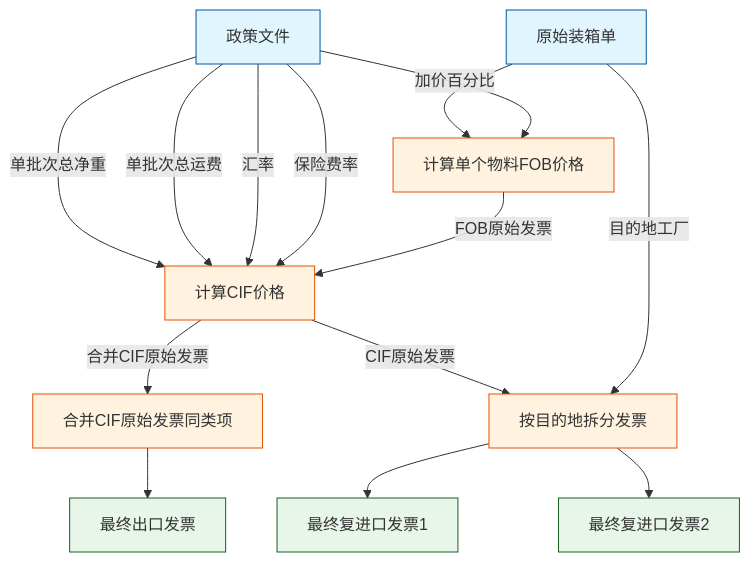
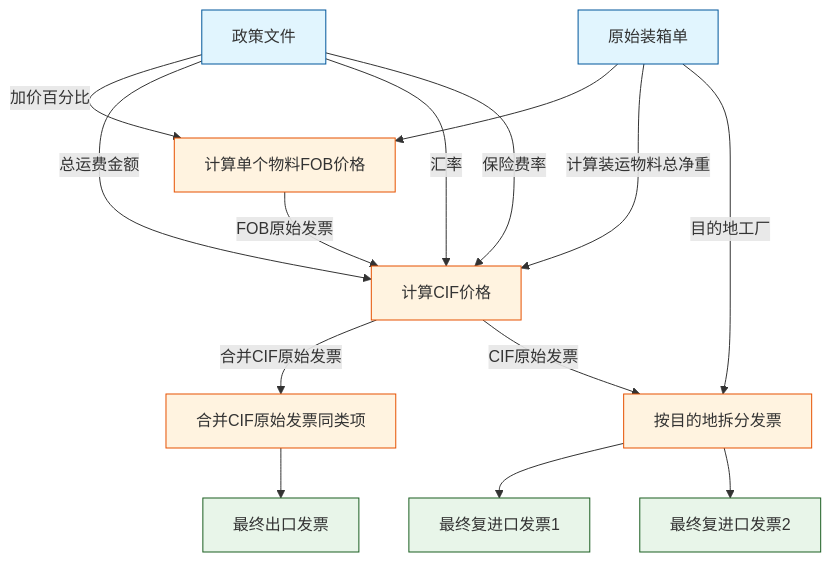
Before and after one commit to anlaganlag/export_reimport: the second of 7 diagrams in WORKFLOW-CN.md, drawn with Mermaid. The commit also changed other lines of this file and 8 other files, not shown here.

````diff
--- a/WORKFLOW-CN.md
+++ b/WORKFLOW-CN.md
@@ -15,34 +15,34 @@
 ```mermaid
 graph TD
     %% 输入文件
     OPL[原始装箱单] --> CFOB[计算单个物料FOB价格]
     
     %% FOB计算
     PF[政策文件] --> |加价百分比| CFOB
     
     %% FOB到CIF转换
-    PF --> |单批次总净重|CCIF[计算CIF价格]
-    PF --> |单批次总运费|CCIF
+    OPL --> |计算装运物料总净重|CCIF[计算CIF价格]
+    PF --> |总运费金额|CCIF
     PF --> |汇率|CCIF
     PF --> |保险费率|CCIF
     CFOB --> |FOB原始发票|CCIF
     
     %% CIF到最终发票处理
     CCIF --> |合并CIF原始发票|MERGE[合并CIF原始发票同类项]
     MERGE --> EXP[最终出口发票]
 
     %% 拆分原始发票
     CCIF --> |CIF原始发票|SI[按目的地拆分发票]
     OPL --> |目的地工厂|SI
     SI --> RIMP1[最终复进口发票1]
     SI --> RIMP2[最终复进口发票2]
 
     %% 样式
     classDef input fill:#e1f5fe,stroke:#01579b
     classDef process fill:#fff3e0,stroke:#e65100
     classDef output fill:#e8f5e9,stroke:#1b5e20
     
     class OPL,PF input
     class CFOB,CCIF,SI,CFEI,MIL2,MIL3,MIL4,MERGE process
     class EXP,EXP1,RIMP1,RIMP2 output
 ```
````
